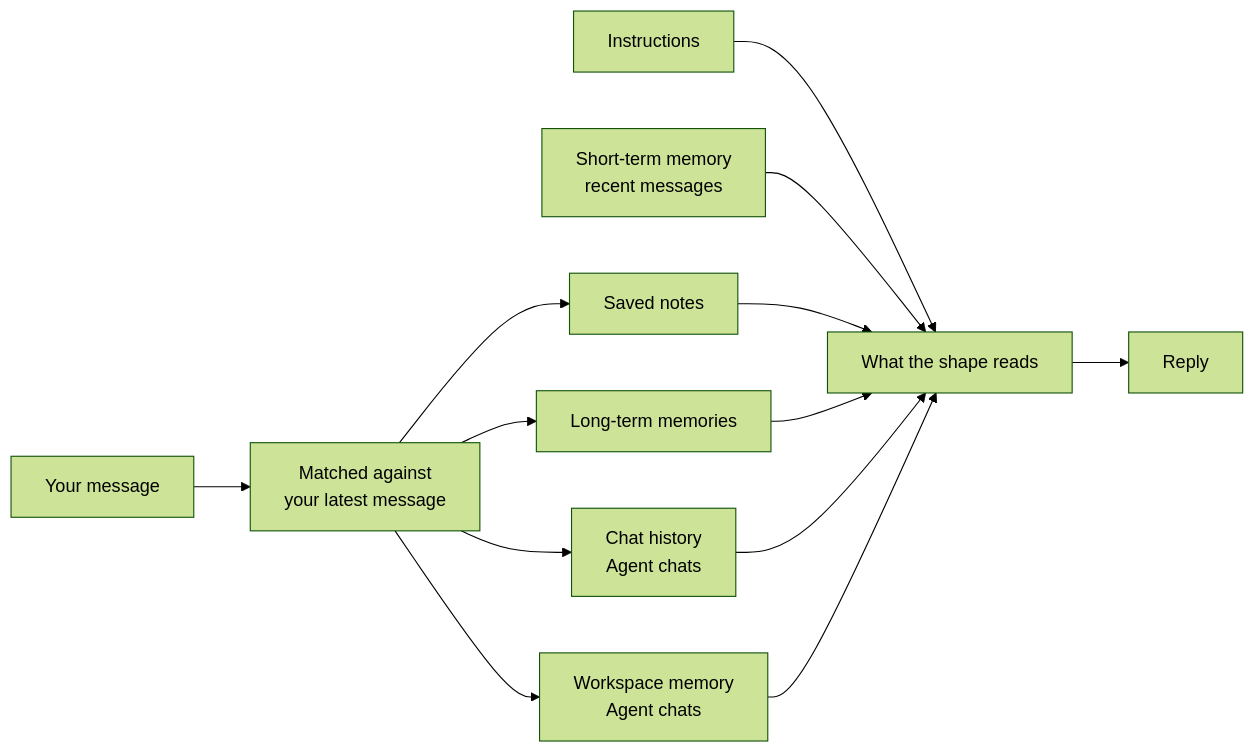
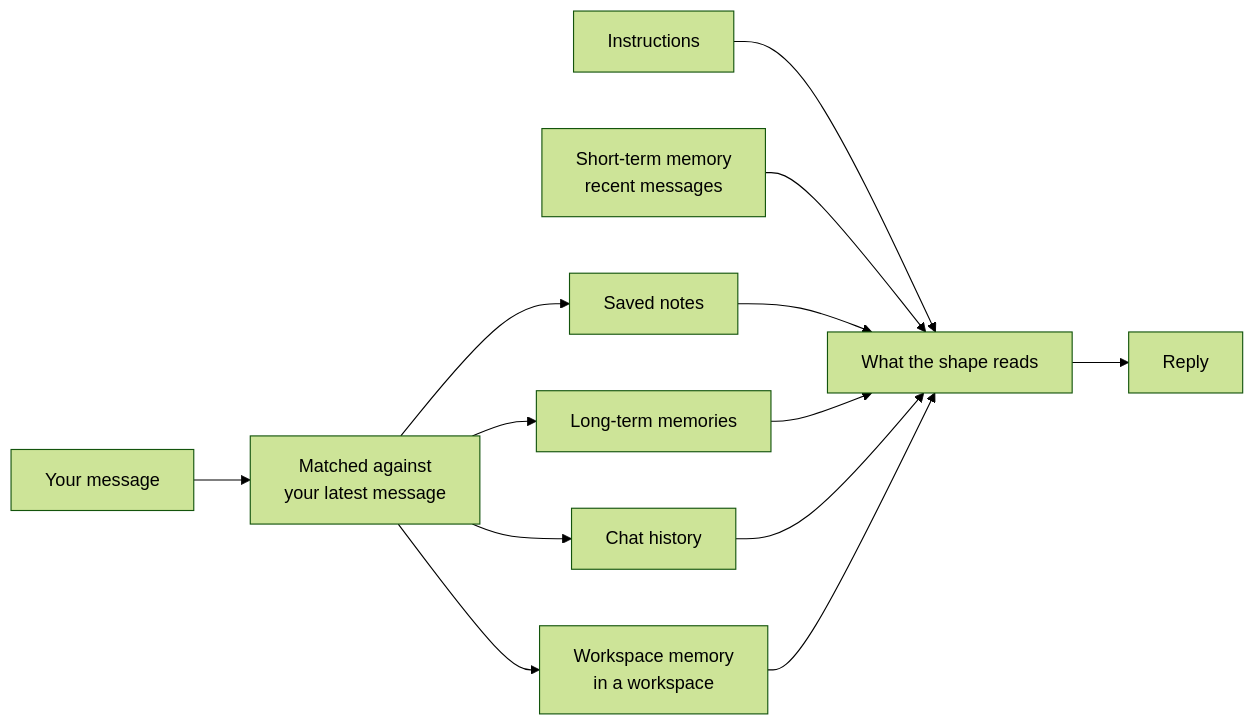
The diagram in memory.mdx (shapesinc/docs), drawn with Mermaid (forest theme) before and after one commit. The commit also changed other lines of this file and 77 other files, not shown here.

First line of the commit message:
Update docs for the removal of Chat, Agent, and Auto modes

````diff
--- a/memory.mdx
+++ b/memory.mdx
@@ -14,15 +14,15 @@
 ```mermaid
 flowchart LR
   M["Your message"] --> Q["Matched against<br/>your latest message"]
   Q --> N["Saved notes"]
   Q --> L["Long-term memories"]
-  Q --> H["Chat history<br/>Agent chats"]
-  Q --> W["Workspace memory<br/>Agent chats"]
+  Q --> H["Chat history"]
+  Q --> W["Workspace memory<br/>in a workspace"]
   I["Instructions"] --> P["What the shape reads"]
   S["Short-term memory<br/>recent messages"] --> P
   N --> P
   L --> P
   H --> P
   W --> P
   P --> R["Reply"]
 ```
````
